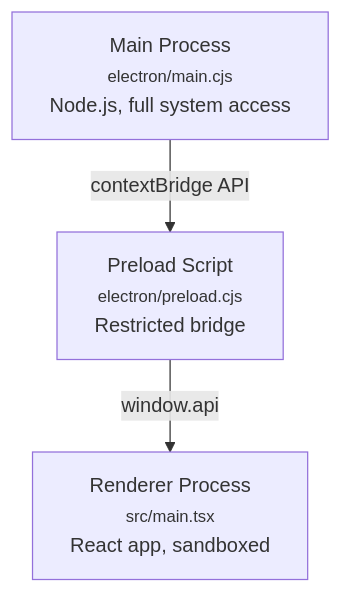
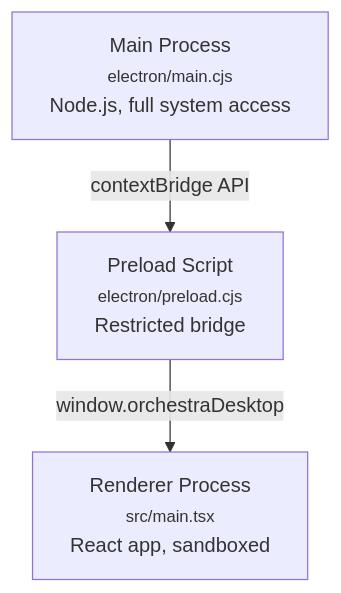
One commit to bradAGI/Orchestra changed the third of 3 diagrams in docs/architecture/desktop.md. Above: the diagram before and after it, drawn with Mermaid. The commit also changed other lines of this file, not shown here.

Commit message:
docs(audit): fix desktop bridge and type references

````diff
--- a/docs/architecture/desktop.md
+++ b/docs/architecture/desktop.md
@@ -156,9 +156,9 @@
 ```mermaid
 flowchart TD
     MAIN["Main Process<br/><small>electron/main.cjs</small><br/>Node.js, full system access"]
     PRELOAD["Preload Script<br/><small>electron/preload.cjs</small><br/>Restricted bridge"]
     RENDERER["Renderer Process<br/><small>src/main.tsx</small><br/>React app, sandboxed"]
 
     MAIN -- "contextBridge API" --> PRELOAD
-    PRELOAD -- "window.api" --> RENDERER
+    PRELOAD -- "window.orchestraDesktop" --> RENDERER
 ```
````
